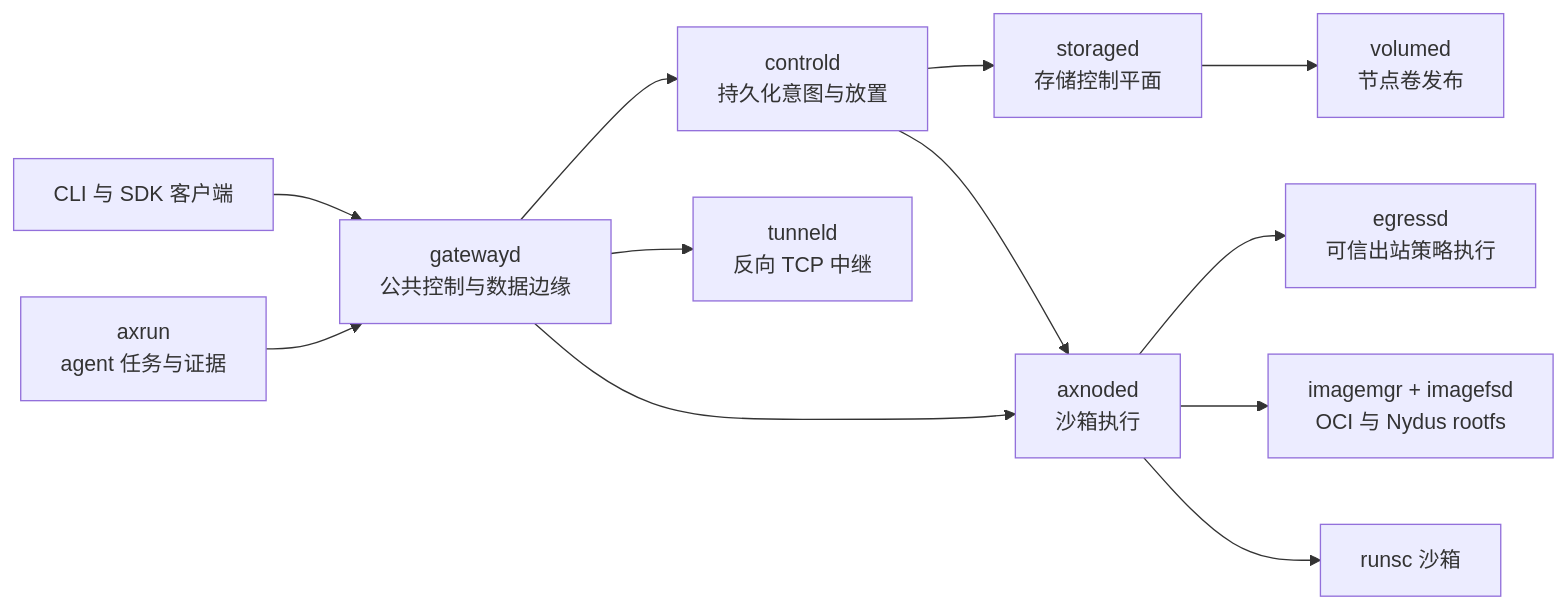
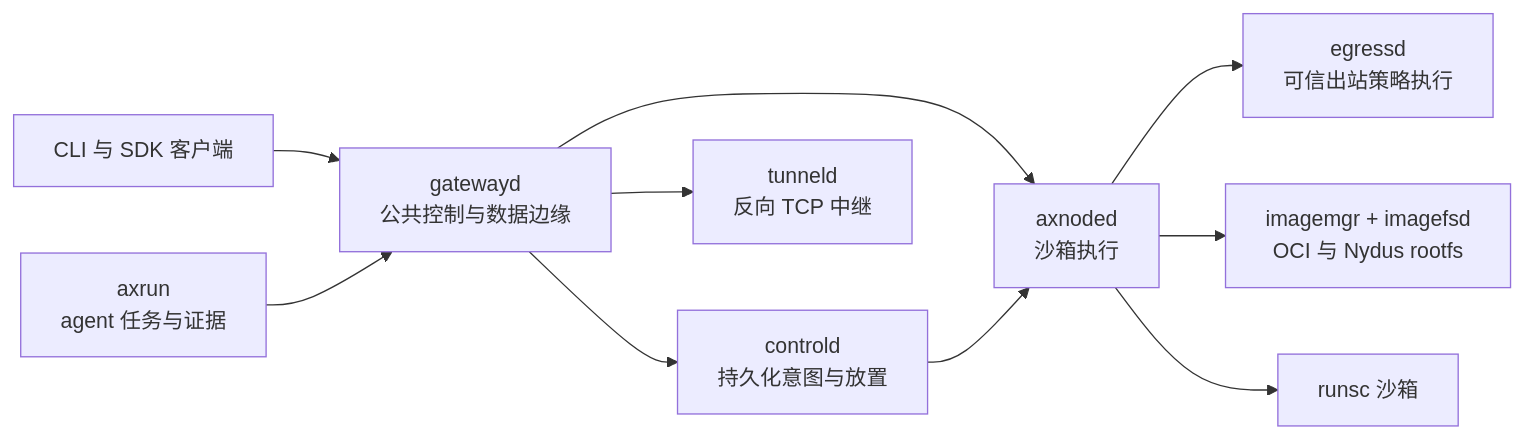
Before and after one commit to cofy-x/axern: the diagram in README.zh-CN.md, drawn with Mermaid. The commit also changed other lines of this file and 421 other files, not shown here.

Commit message:
refactor(storage): retire persistent volume subsystem

````diff
--- a/README.zh-CN.md
+++ b/README.zh-CN.md
@@ -85,14 +85,12 @@
 ```mermaid
 flowchart LR
     Client["CLI 与 SDK 客户端"] --> Gateway["gatewayd\n公共控制与数据边缘"]
     Gateway --> Control["controld\n持久化意图与放置"]
     Gateway --> Tunnel["tunneld\n反向 TCP 中继"]
     Gateway --> Node["axnoded\n沙箱执行"]
-    Control --> Storage["storaged\n存储控制平面"]
     Control --> Node
-    Storage --> Volume["volumed\n节点卷发布"]
     Node --> Egress["egressd\n可信出站策略执行"]
     Node --> Image["imagemgr + imagefsd\nOCI 与 Nydus rootfs"]
     Node --> Runtime["runsc 沙箱"]
     Axrun["axrun\nagent 任务与证据"] --> Gateway
 ```
````
